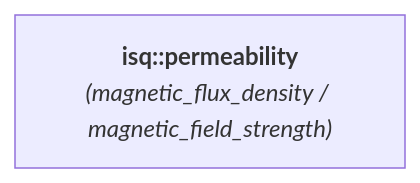
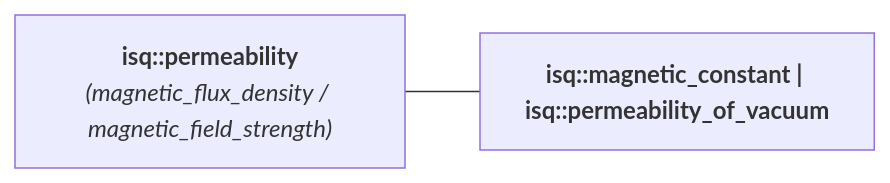
One commit to mpusz/mp-units changed the diagram in docs/reference/systems_reference/hierarchies/permeability.md. Above: the diagram before and after it, drawn with Mermaid. The commit also changed 83 other files, not shown here.

````diff
--- a/docs/reference/systems_reference/hierarchies/permeability.md
+++ b/docs/reference/systems_reference/hierarchies/permeability.md
@@ -8,4 +8,6 @@
 ```mermaid
 flowchart LR
     isq_permeability["<b><a href="../../systems/isq/#permeability" style="color: var(--md-mermaid-label-fg-color); text-decoration: none;">isq::permeability</a></b><br><i>(<a href="../../systems/isq/#magnetic_flux_density" style="color: var(--md-mermaid-label-fg-color); text-decoration: none;">magnetic_flux_density</a> / <a href="../../systems/isq/#magnetic_field_strength" style="color: var(--md-mermaid-label-fg-color); text-decoration: none;">magnetic_field_strength</a>)</i>"]
+    isq_magnetic_constant["<b><a href="../../systems/isq/#magnetic_constant" style="color: var(--md-mermaid-label-fg-color); text-decoration: none;">isq::magnetic_constant</a> | <a href="../../systems/isq/#permeability_of_vacuum" style="color: var(--md-mermaid-label-fg-color); text-decoration: none;">isq::permeability_of_vacuum</a></b>"]
+    isq_permeability --- isq_magnetic_constant
 ```
````
